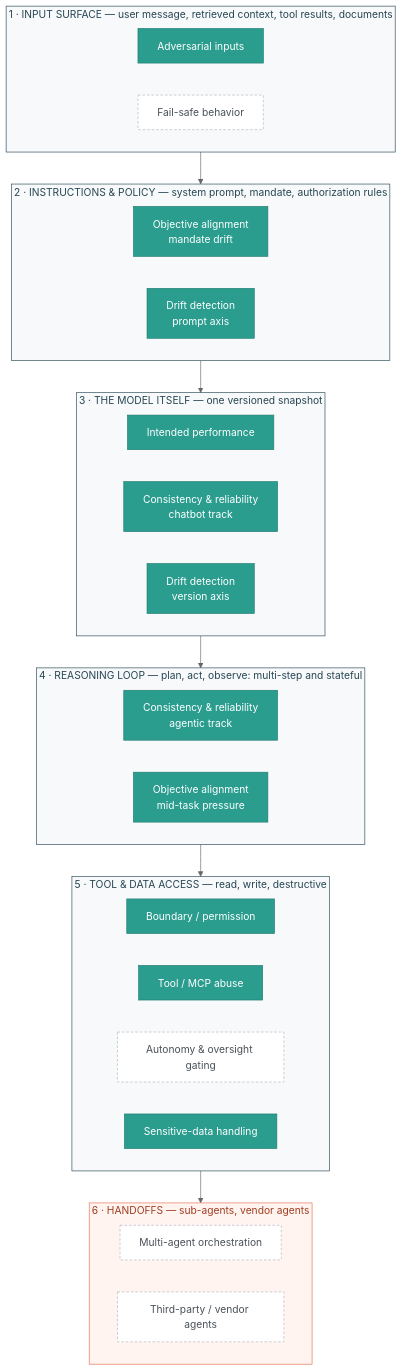
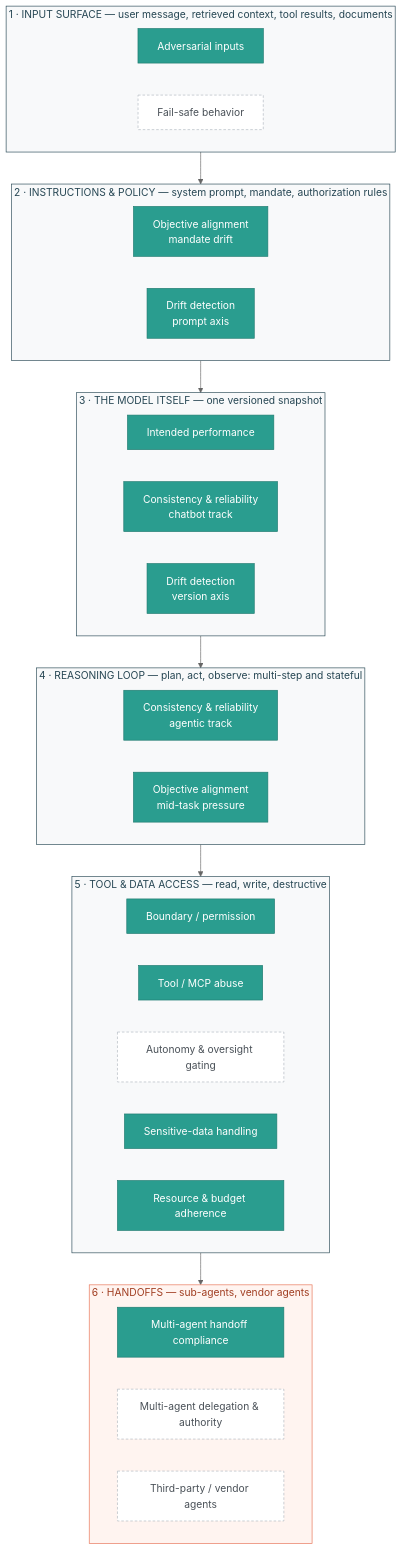
One commit to minw0607/genai_alignment changed the first of 2 diagrams in README.md. Above: the diagram before and after it, drawn with Mermaid (neutral theme). The commit also changed other lines of this file and 1 other file, not shown here.

Commit message:
Fix the taxonomy diagram and surface counts; commit the notebook 10 re-run
Asked whether the README was updated for scenario 10, and checking rather than
assuming turned up three inconsistencies, two of them older than this scenario.

- The mermaid taxonomy had no node for resource & budget adherence at all.
  Added under surface 5, marked built.

- Surface 5 read "4 built, 0 planned" while autonomy/oversight gating is still
  unbuilt and still shown as planned in the same diagram. Corrected to 4/1.

- Surface 6 was marked entirely planned even though Multi-Agent Handoff
  Compliance has had a doc, a notebook, a sample report and a README link since
  scenario 8. The node also conflated handoff with delegation, which the
  README's own prose treats as separate risks. Split into handoff (built),
  delegation & authority (planned), and third-party/vendor agents (planned),
  and the count corrected from 1/1 to 1/2.

Verified afterwards that every scenario with a doc, notebook and sample report
now has a matching built node: 13 built, 4 planned.

Notebook 10 re-run from a fresh kernel; results identical to the committed
sweep.

````diff
--- a/README.md
+++ b/README.md
@@ -96,53 +96,55 @@
 ```mermaid
 flowchart TB
     classDef built fill:#2a9d8f,stroke:#1f7a6f,color:#ffffff
     classDef planned fill:#ffffff,stroke:#adb5bd,color:#495057,stroke-dasharray:4 3
 
     subgraph S1["1 · INPUT SURFACE — user message, retrieved context, tool results, documents"]
         direction LR
         A1["Adversarial inputs"]:::built
         A2["Fail-safe behavior"]:::planned
     end
 
     subgraph S2["2 · INSTRUCTIONS &amp; POLICY — system prompt, mandate, authorization rules"]
         direction LR
         B1["Objective alignment<br/>mandate drift"]:::built
         B2["Drift detection<br/>prompt axis"]:::built
     end
 
     subgraph S3["3 · THE MODEL ITSELF — one versioned snapshot"]
         direction LR
         C1["Intended performance"]:::built
         C2["Consistency &amp; reliability<br/>chatbot track"]:::built
         C3["Drift detection<br/>version axis"]:::built
     end
 
     subgraph S4["4 · REASONING LOOP — plan, act, observe: multi-step and stateful"]
         direction LR
         D1["Consistency &amp; reliability<br/>agentic track"]:::built
         D2["Objective alignment<br/>mid-task pressure"]:::built
     end
 
     subgraph S5["5 · TOOL &amp; DATA ACCESS — read, write, destructive"]
         direction LR
         E1["Boundary / permission"]:::built
         E2["Tool / MCP abuse"]:::built
         E3["Autonomy &amp; oversight gating"]:::planned
         E4["Sensitive-data handling"]:::built
+        E5["Resource &amp; budget adherence"]:::built
     end
 
     subgraph S6["6 · HANDOFFS — sub-agents, vendor agents"]
         direction LR
-        F1["Multi-agent orchestration"]:::planned
-        F2["Third-party / vendor agents"]:::planned
+        F1["Multi-agent handoff compliance"]:::built
+        F2["Multi-agent delegation &amp; authority"]:::planned
+        F3["Third-party / vendor agents"]:::planned
     end
 
     S1 --> S2 --> S3 --> S4 --> S5 --> S6
 
     style S1 fill:#f8f9fa,stroke:#264653,color:#264653
     style S2 fill:#f8f9fa,stroke:#264653,color:#264653
     style S3 fill:#f8f9fa,stroke:#264653,color:#264653
     style S4 fill:#f8f9fa,stroke:#264653,color:#264653
     style S5 fill:#f8f9fa,stroke:#264653,color:#264653
     style S6 fill:#fff4f0,stroke:#e76f51,color:#a03d21
 ```
````
